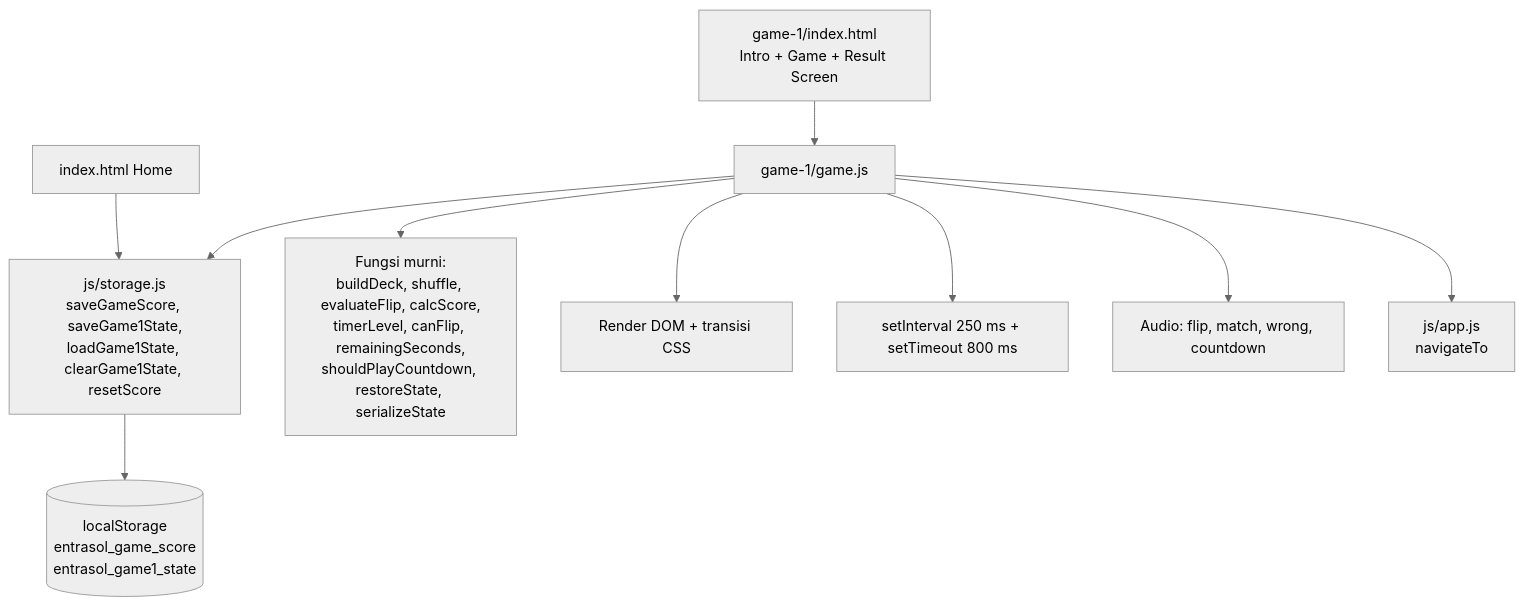
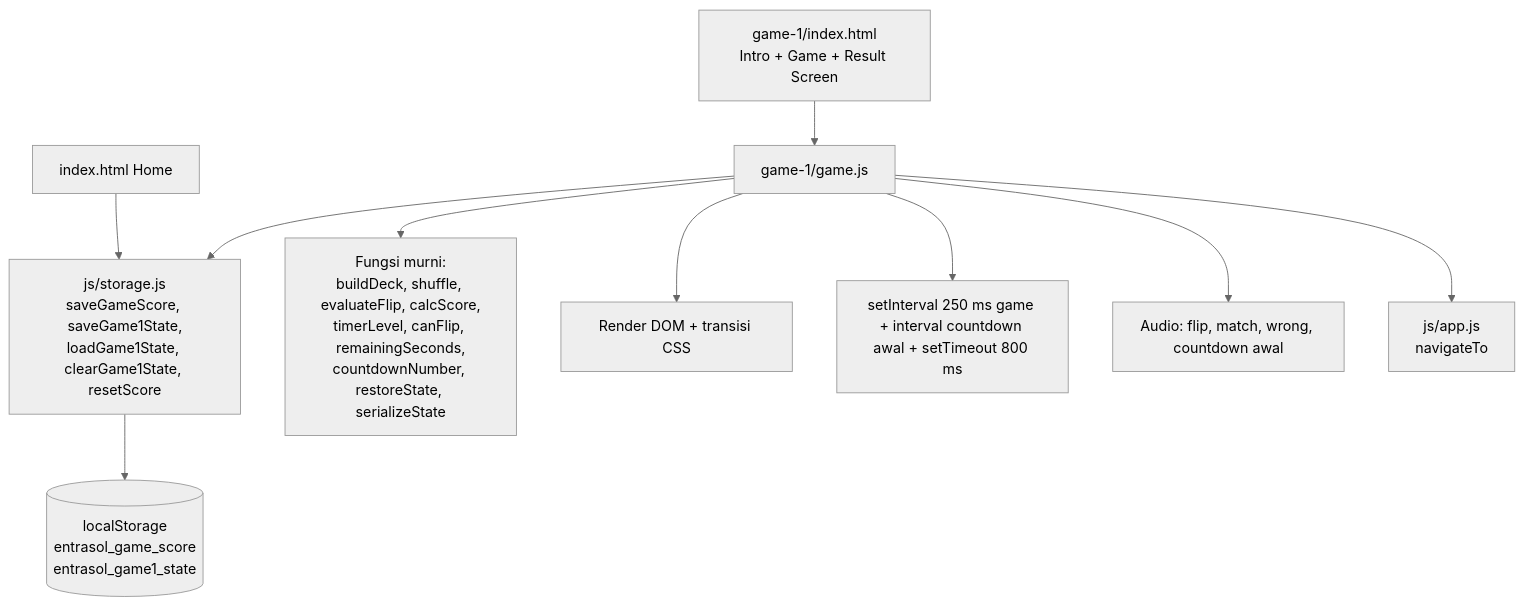
One commit to rilan-phd/game-entrasol changed the second of 2 diagrams in .kiro/specs/memory-flip-game/design.md. Above: the diagram before and after it, drawn with Mermaid (neutral theme). The commit also changed other lines of this file and 32 other files, not shown here.

````diff
--- a/.kiro/specs/memory-flip-game/design.md
+++ b/.kiro/specs/memory-flip-game/design.md
@@ -86,12 +96,12 @@
 ```mermaid
 flowchart TD
     UI[game-1/index.html<br/>Intro + Game + Result Screen] --> G[game-1/game.js]
     HOME[index.html Home] --> ST
-    G --> PURE[Fungsi murni:<br/>buildDeck, shuffle, evaluateFlip, calcScore,<br/>timerLevel, canFlip, remainingSeconds,<br/>shouldPlayCountdown, restoreState, serializeState]
+    G --> PURE[Fungsi murni:<br/>buildDeck, shuffle, evaluateFlip, calcScore,<br/>timerLevel, canFlip, remainingSeconds,<br/>countdownNumber, restoreState, serializeState]
     G --> DOM[Render DOM + transisi CSS]
-    G --> TIMER[setInterval 250 ms + setTimeout 800 ms]
-    G --> AUD[Audio: flip, match, wrong, countdown]
+    G --> TIMER[setInterval 250 ms game + interval countdown awal + setTimeout 800 ms]
+    G --> AUD[Audio: flip, match, wrong, countdown awal]
     G --> ST[js/storage.js<br/>saveGameScore, saveGame1State,<br/>loadGame1State, clearGame1State, resetScore]
     G --> APP[js/app.js<br/>navigateTo]
     ST --> LS[(localStorage<br/>entrasol_game_score<br/>entrasol_game1_state)]
 ```
````
